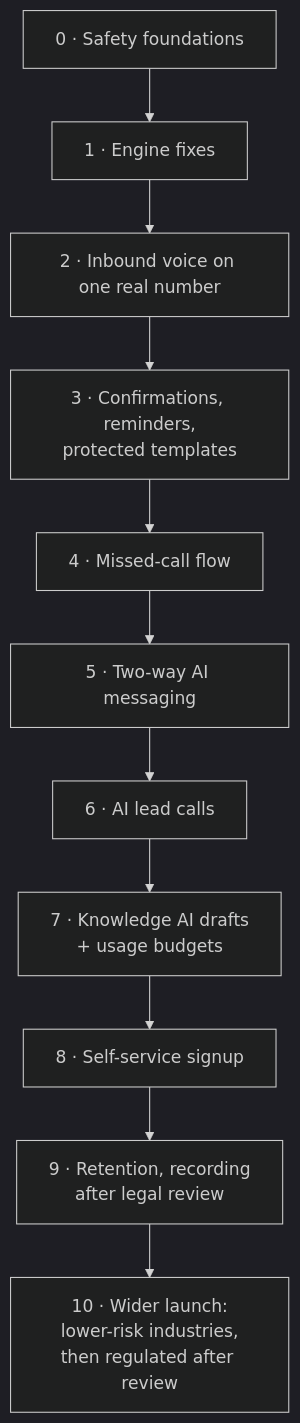
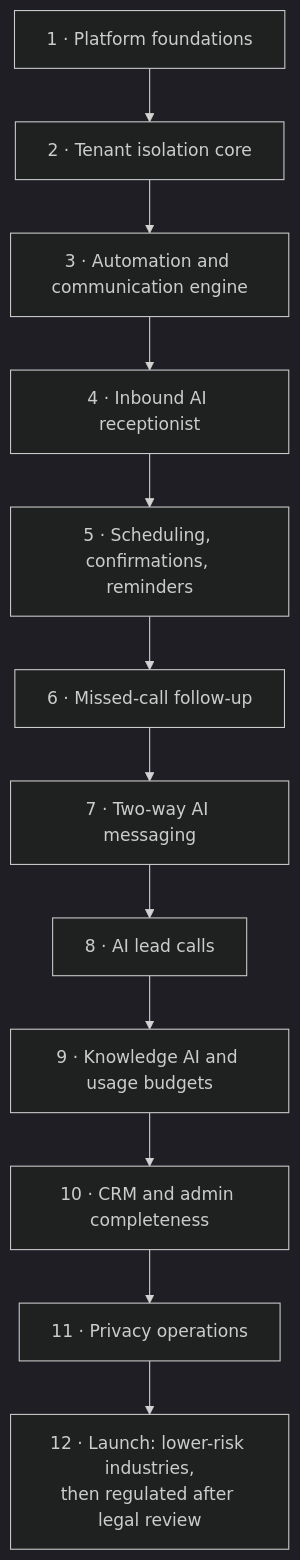
Diagram 21 of 21 in docs/ARCHITECTURE.md (singhdhruv525-source/Zella-AI), drawn with Mermaid (dark theme) before and after one commit. The commit also changed other lines of this file and 1 other file, not shown here.

First line of the commit message:
Architecture: multi-tenant isolation, team-created businesses, target-only design

````diff
--- a/docs/ARCHITECTURE.md
+++ b/docs/ARCHITECTURE.md
@@ -1411,13 +1747,14 @@
 ```mermaid
 flowchart TD
-  S0[0 · Safety foundations] --> S1[1 · Engine fixes]
-  S1 --> S2[2 · Inbound voice on one real number]
-  S2 --> S3[3 · Confirmations, reminders,<br/>protected templates]
-  S3 --> S4[4 · Missed-call flow]
-  S4 --> S5[5 · Two-way AI messaging]
-  S5 --> S6[6 · AI lead calls]
-  S6 --> S7[7 · Knowledge AI drafts<br/>+ usage budgets]
-  S7 --> S8[8 · Self-service signup]
-  S8 --> S9[9 · Retention, recording<br/>after legal review]
-  S9 --> S10[10 · Wider launch:<br/>lower-risk industries,<br/>then regulated after review]
+  P1[1 · Platform foundations] --> P2[2 · Tenant isolation core]
+  P2 --> P3[3 · Automation and communication engine]
+  P3 --> P4[4 · Inbound AI receptionist]
+  P4 --> P5[5 · Scheduling, confirmations, reminders]
+  P5 --> P6[6 · Missed-call follow-up]
+  P6 --> P7[7 · Two-way AI messaging]
+  P7 --> P8[8 · AI lead calls]
+  P8 --> P9[9 · Knowledge AI and usage budgets]
+  P9 --> P10[10 · CRM and admin completeness]
+  P10 --> P11[11 · Privacy operations]
+  P11 --> P12[12 · Launch: lower-risk industries,<br/>then regulated after legal review]
 ```
````
